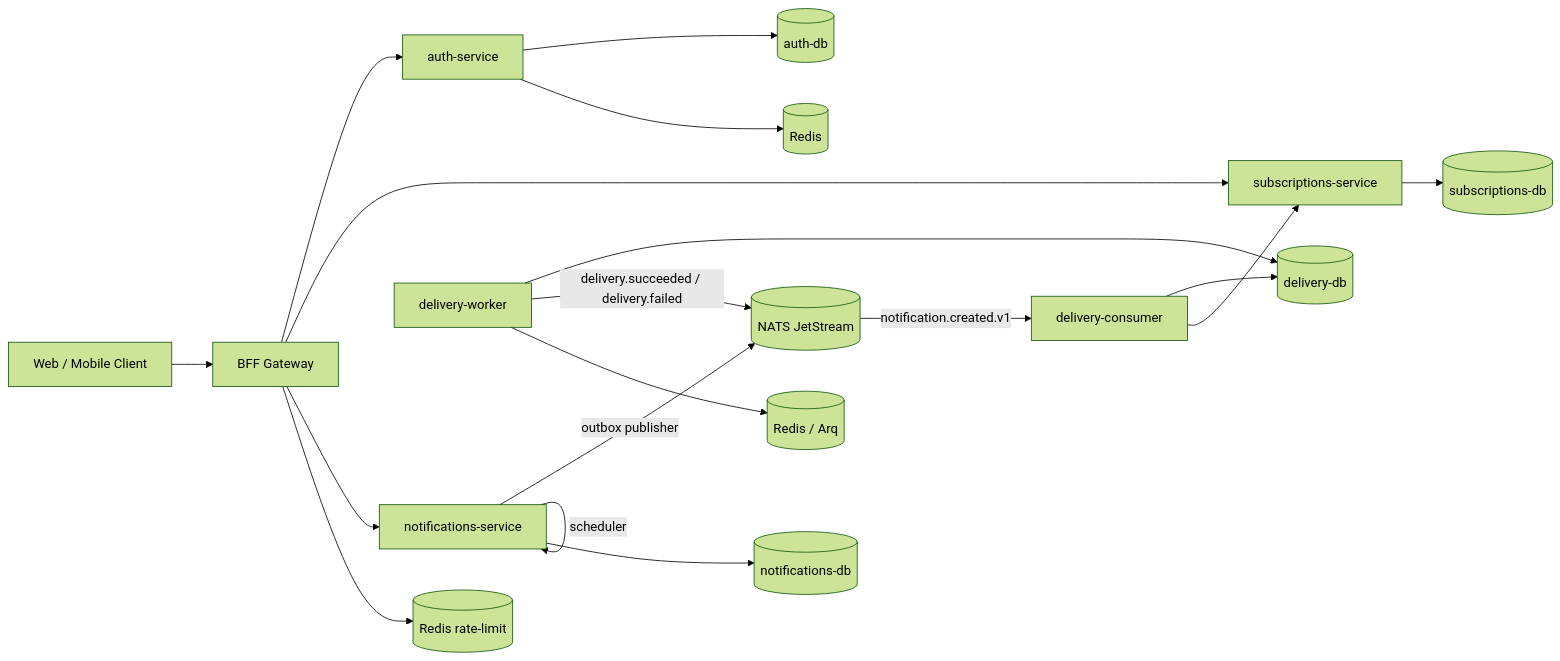
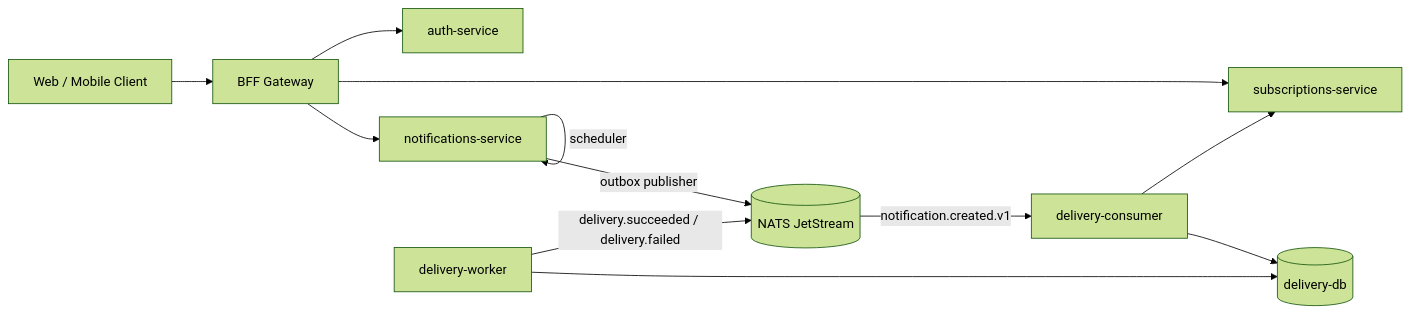
Before and after one commit to dezhavyu/substy: the diagram in README.md, drawn with Mermaid (forest theme). The commit also changed other lines of this file, not shown here.

````diff
--- a/README.md
+++ b/README.md
@@ -17,26 +21,18 @@
 ```mermaid
 flowchart LR
     C[Web / Mobile Client] --> BFF[BFF Gateway]
 
     BFF --> AUTH[auth-service]
     BFF --> SUBS[subscriptions-service]
     BFF --> NOTIF[notifications-service]
 
     NOTIF -->|outbox publisher| JS[(NATS JetStream)]
     NOTIF -->|scheduler| NOTIF
 
     JS -->|notification.created.v1| DELCON[delivery-consumer]
     DELCON --> DELDB[(delivery-db)]
     DELCON --> SUBS
 
     DELWORK[delivery-worker] --> DELDB
     DELWORK -->|delivery.succeeded / delivery.failed| JS
-
-    AUTH --> AUTHDB[(auth-db)]
-    SUBS --> SUBSDB[(subscriptions-db)]
-    NOTIF --> NOTIFDB[(notifications-db)]
-
-    AUTH --> REDIS1[(Redis)]
-    DELWORK --> REDIS2[(Redis / Arq)]
-    BFF --> REDIS3[(Redis rate-limit)]
 ```
````
